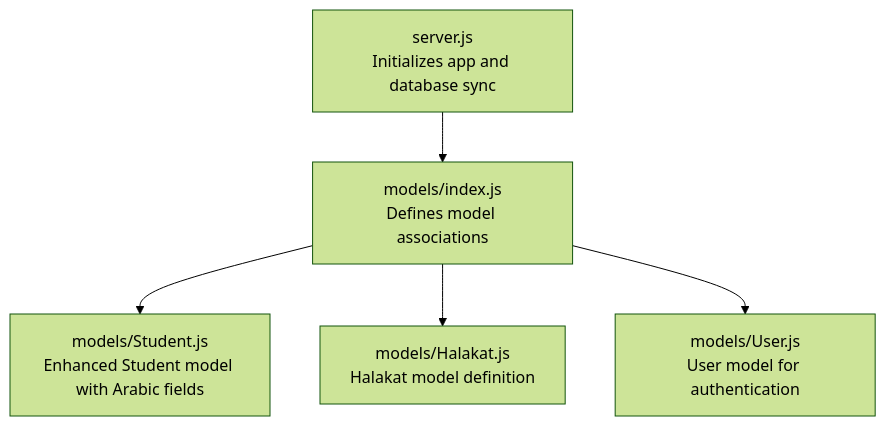
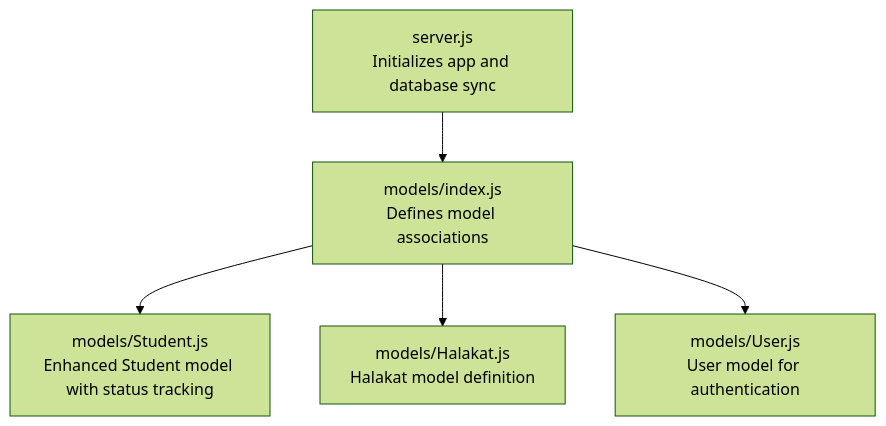
Before and after one commit to Mreng78/khirocom_project: the first of 8 diagrams in .qoder/repowiki/en/content/Database Design/Student Model.md, drawn with Mermaid (forest theme). The commit also changed other lines of this file and 6 other files, not shown here.

````diff
--- a/.qoder/repowiki/en/content/Database Design/Student Model.md
+++ b/.qoder/repowiki/en/content/Database Design/Student Model.md
@@ -41,7 +39,7 @@
 ```mermaid
 graph TB
 Server["server.js<br/>Initializes app and database sync"] --> ModelsIndex["models/index.js<br/>Defines model associations"]
-ModelsIndex --> StudentModel["models/Student.js<br/>Enhanced Student model with Arabic fields"]
+ModelsIndex --> StudentModel["models/Student.js<br/>Enhanced Student model with status tracking"]
 ModelsIndex --> HalakatModel["models/Halakat.js<br/>Halakat model definition"]
 ModelsIndex --> UserModel["models/User.js<br/>User model for authentication"]
 ```
````
